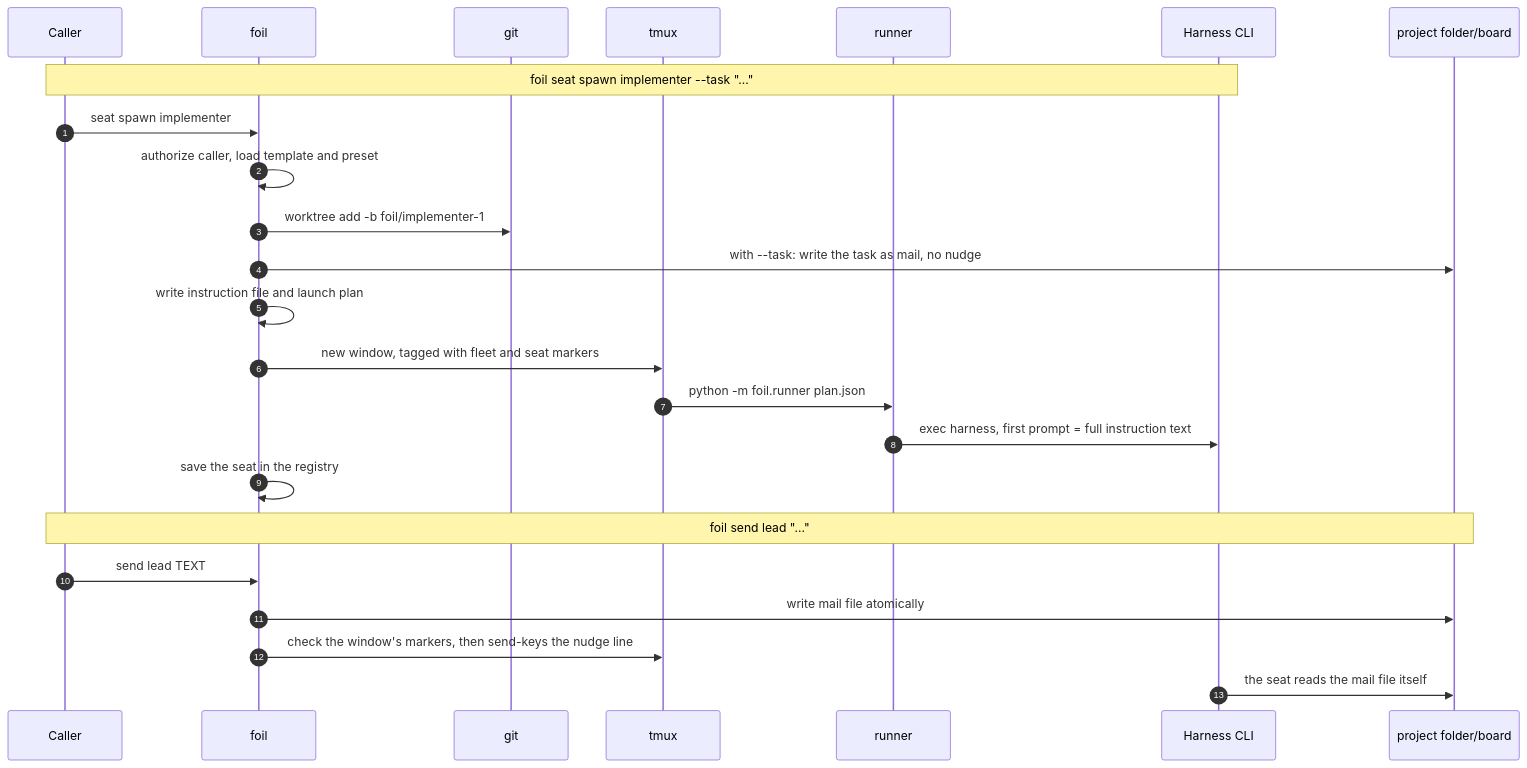
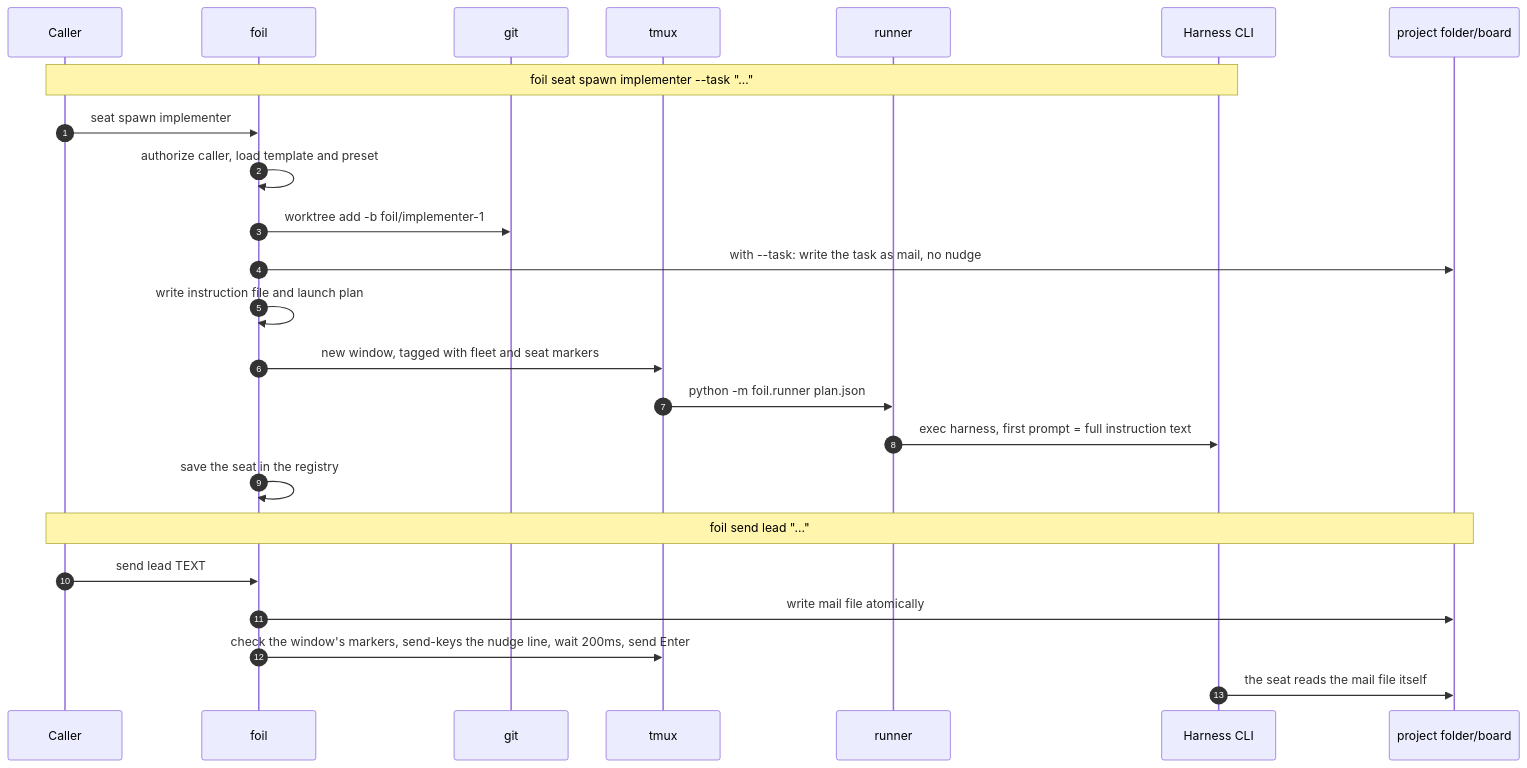
The second of 2 diagrams in docs/architecture.md (TiantianFlow/foil), drawn with Mermaid before and after one commit. The commit also changed other lines of this file and 7 other files, not shown here.

First line of the commit message:
Wait 200ms before Enter so a nudge is submitted

````diff
--- a/docs/architecture.md
+++ b/docs/architecture.md
@@ -90,28 +90,28 @@
 ```mermaid
 sequenceDiagram
   autonumber
   participant C as Caller
   participant F as foil
   participant G as git
   participant T as tmux
   participant R as runner
   participant H as Harness CLI
   participant B as project folder/board
 
   Note over C,H: foil seat spawn implementer --task "…"
   C->>F: seat spawn implementer
   F->>F: authorize caller, load template and preset
   F->>G: worktree add -b foil/implementer-1
   F->>B: with --task: write the task as mail, no nudge
   F->>F: write instruction file and launch plan
   F->>T: new window, tagged with fleet and seat markers
   T->>R: python -m foil.runner plan.json
   R->>H: exec harness, first prompt = full instruction text
   F->>F: save the seat in the registry
 
   Note over C,B: foil send lead "…"
   C->>F: send lead TEXT
   F->>B: write mail file atomically
-  F->>T: check the window's markers, then send-keys the nudge line
+  F->>T: check the window's markers, send-keys the nudge line, wait 200ms, send Enter
   H->>B: the seat reads the mail file itself
 ```
````
